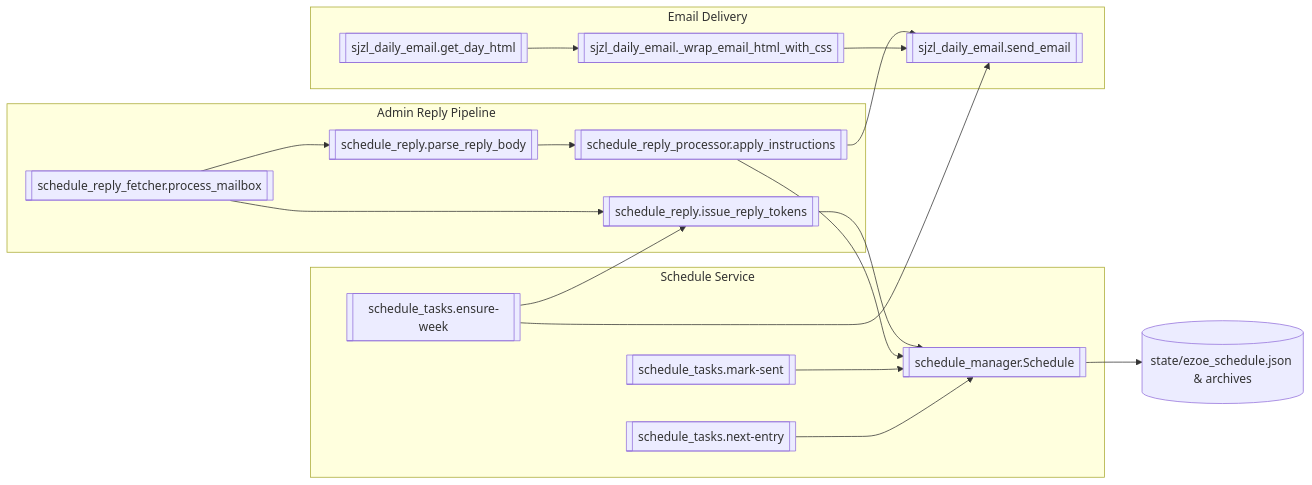
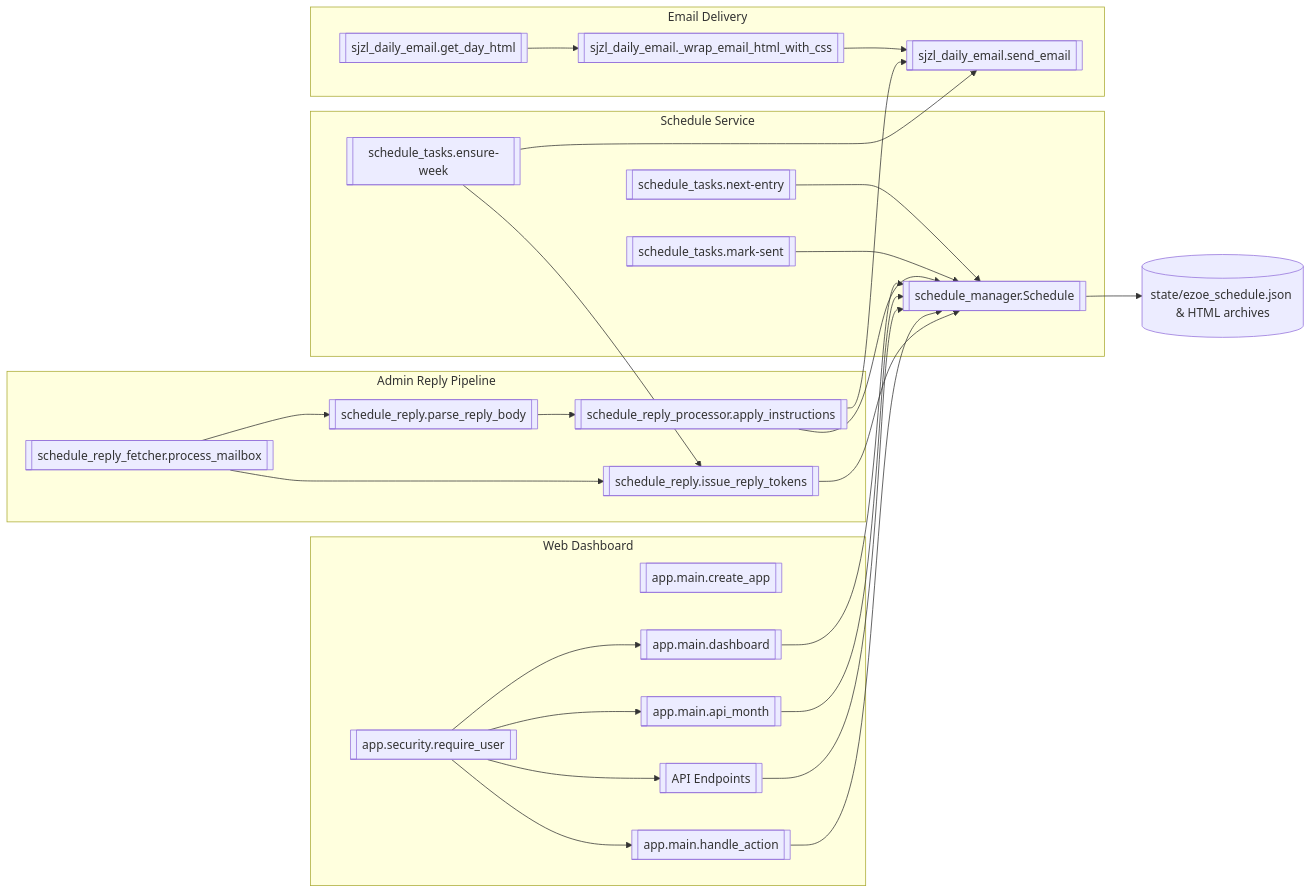
Before and after one commit to HananiahKao/daily-manna-email: the third of 3 diagrams in SYSTEM_C4.md, drawn with Mermaid. The commit also changed other lines of this file, not shown here.

First line of the commit message:
📝 docs(c4): update C4 model to include Web Dashboard container

````diff
--- a/SYSTEM_C4.md
+++ b/SYSTEM_C4.md
@@ -138,35 +164,52 @@
 ```mermaid
 flowchart LR
     subgraph ScheduleSvc["Schedule Service"]
         Manager[[schedule_manager.Schedule]]
         NextEntry[[schedule_tasks.next-entry]]
         EnsureWeek[[schedule_tasks.ensure-week]]
         MarkSent[[schedule_tasks.mark-sent]]
     end
 
     subgraph EmailSvc["Email Delivery"]
         DayHtml[[sjzl_daily_email.get_day_html]]
         WrapHtml[[sjzl_daily_email._wrap_email_html_with_css]]
         SendEmail[[sjzl_daily_email.send_email]]
     end
 
     subgraph AdminSvc["Admin Reply Pipeline"]
         IssueTokens[[schedule_reply.issue_reply_tokens]]
         ParseBody[[schedule_reply.parse_reply_body]]
         ApplyInstr[[schedule_reply_processor.apply_instructions]]
         FetchMailbox[[schedule_reply_fetcher.process_mailbox]]
     end
 
-    State[(state/ezoe_schedule.json & archives)]
+    subgraph WebSvc["Web Dashboard"]
+        CreateApp[[app.main.create_app]]
+        Dashboard[[app.main.dashboard]]
+        ApiMonth[[app.main.api_month]]
+        ApiCrud[[API Endpoints]]
+        HandleAction[[app.main.handle_action]]
+        AuthDep[[app.security.require_user]]
+    end
+
+    State[(state/ezoe_schedule.json & HTML archives)]
 
     NextEntry --> Manager
     EnsureWeek --> IssueTokens
     EnsureWeek --> SendEmail
     MarkSent --> Manager
     DayHtml --> WrapHtml --> SendEmail
     FetchMailbox --> ParseBody --> ApplyInstr --> Manager
     ApplyInstr --> SendEmail
+    Dashboard --> Manager
+    ApiMonth --> Manager
+    ApiCrud --> Manager
+    HandleAction --> Manager
+    AuthDep --> Dashboard
+    AuthDep --> ApiMonth
+    AuthDep --> ApiCrud
+    AuthDep --> HandleAction
     Manager --> State
     IssueTokens --> Manager
     FetchMailbox --> IssueTokens
 ```
````
